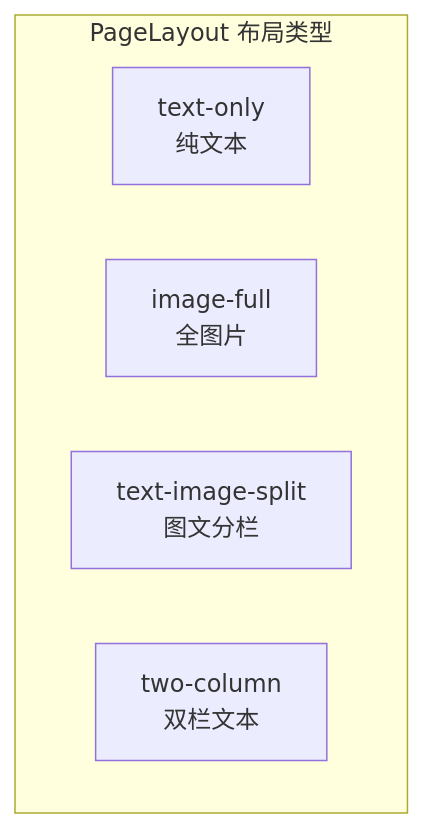
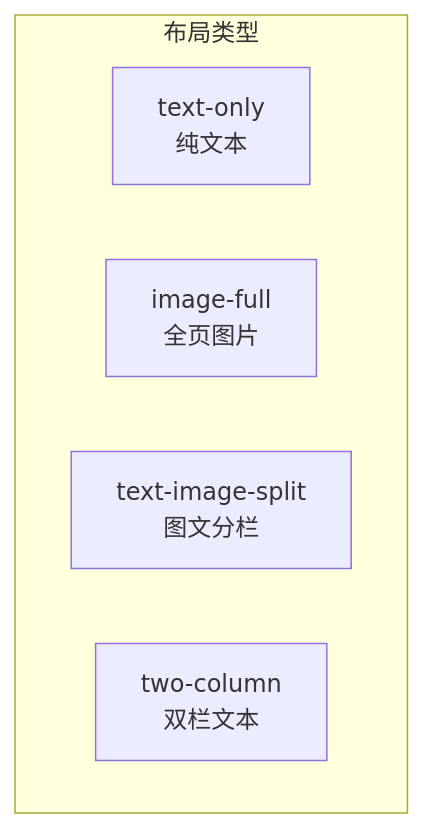
The fourth of 6 diagrams in README.zh-CN.md (ChanMeng666/chan-meng-novel-web), drawn with Mermaid before and after one commit. The commit also changed other lines of this file and 1 other file, not shown here.

````diff
--- a/README.zh-CN.md
+++ b/README.zh-CN.md
@@ -156,9 +345,9 @@
 ```mermaid
 graph TB
-    subgraph "PageLayout 布局类型"
+    subgraph "布局类型"
         TO["text-only<br/>纯文本"]
-        IF["image-full<br/>全图片"]
+        IF["image-full<br/>全页图片"]
         TIS["text-image-split<br/>图文分栏"]
         TC["two-column<br/>双栏文本"]
     end
 ```
````
